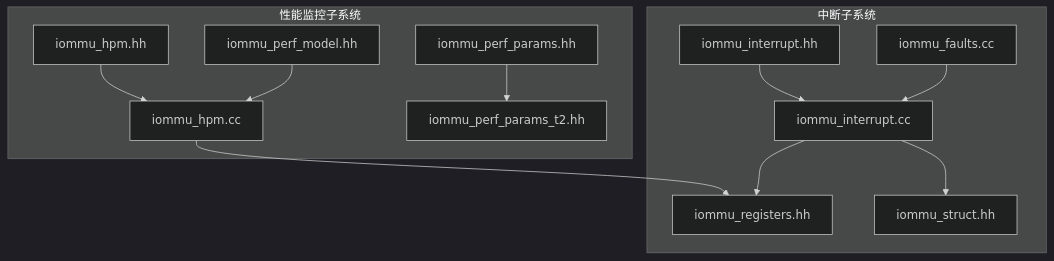
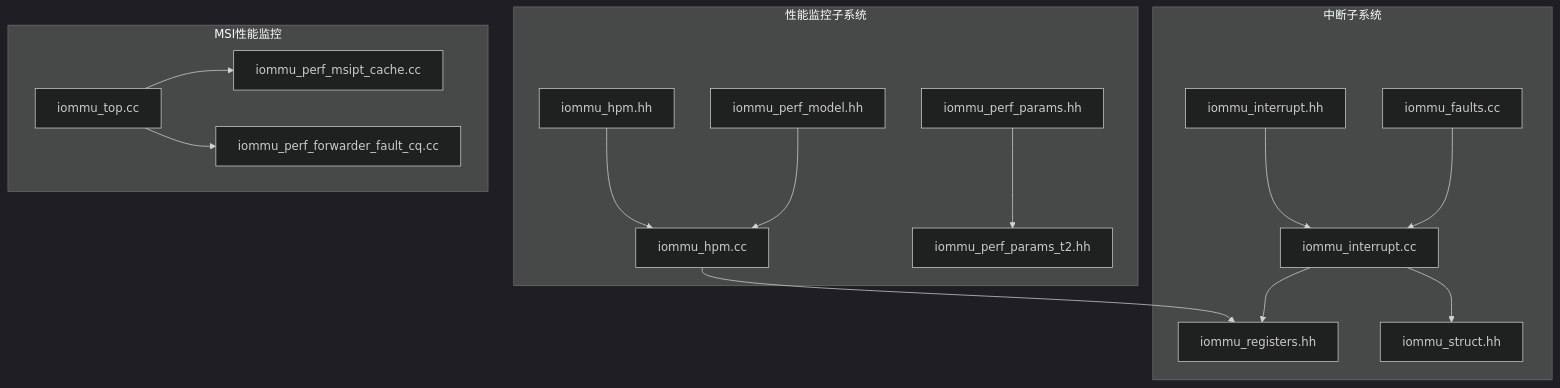
Before and after one commit to jiangjiang1122/iommu_model_20260401_v1: the first of 8 diagrams in .qoder/repowiki/zh/content/API参考手册/中断和性能监控接口.md, drawn with Mermaid (dark theme). The commit also changed other lines of this file and 159 other files, not shown here.

Commit message:
chore: 更新知识库文档 + 新增PTW并发分析图表与数据文件

````diff
--- a/.qoder/repowiki/zh/content/API参考手册/中断和性能监控接口.md
+++ b/.qoder/repowiki/zh/content/API参考手册/中断和性能监控接口.md
@@ -47,25 +60,32 @@
 ```mermaid
 graph TB
 subgraph "中断子系统"
 INT_H["iommu_interrupt.hh"]
 INT_CC["iommu_interrupt.cc"]
 FLT_CC["iommu_faults.cc"]
 REGS["iommu_registers.hh"]
 STRUC["iommu_struct.hh"]
 end
 subgraph "性能监控子系统"
 HPM_H["iommu_hpm.hh"]
 HPM_CC["iommu_hpm.cc"]
 PM_HH["iommu_perf_model.hh"]
 PM_PAR["iommu_perf_params.hh"]
 PM_PAR2["iommu_perf_params_t2.hh"]
 end
+subgraph "MSI性能监控"
+MSI_TOP["iommu_top.cc"]
+MSI_CACHE["iommu_perf_msipt_cache.cc"]
+MSI_FWD["iommu_perf_forwarder_fault_cq.cc"]
+end
 INT_H --> INT_CC
 INT_CC --> REGS
 INT_CC --> STRUC
 FLT_CC --> INT_CC
 HPM_H --> HPM_CC
 HPM_CC --> REGS
 PM_HH --> HPM_CC
 PM_PAR --> PM_PAR2
+MSI_TOP --> MSI_CACHE
+MSI_TOP --> MSI_FWD
 ```
````
